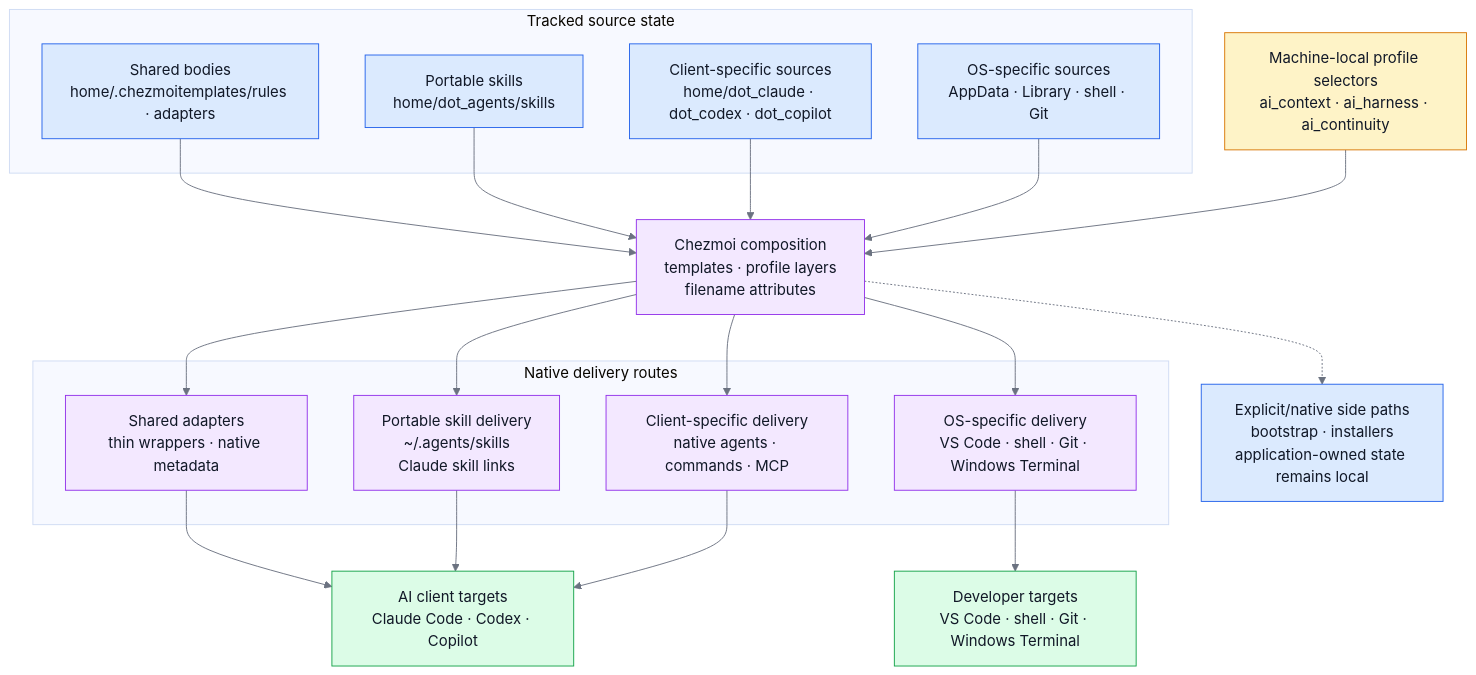
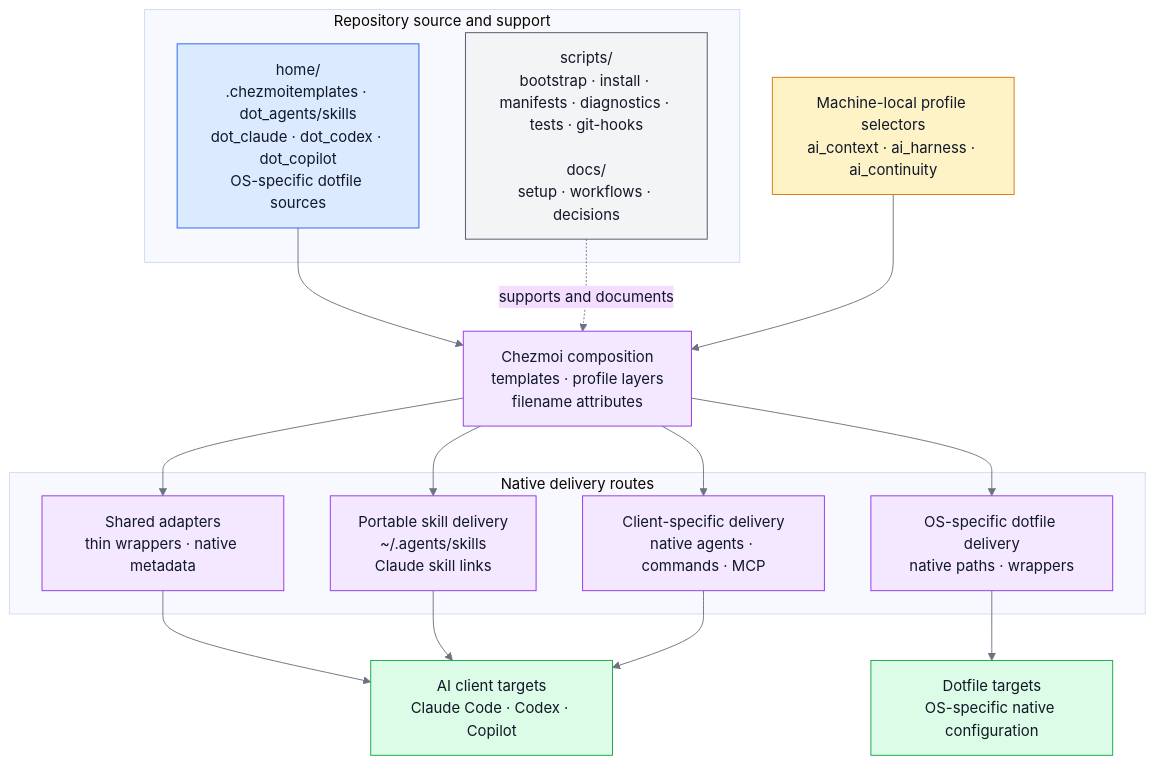
The first of 4 diagrams in README.md (sherrilla71940/dotfiles), drawn with Mermaid before and after one commit. The commit also changed other lines of this file and 2 other files, not shown here.

Commit message:
docs(readme): merge repository map into system overview

````diff
--- a/README.md
+++ b/README.md
@@ -98,42 +98,35 @@
 ```mermaid
 %%{init: {"theme": "base", "themeVariables": {"primaryTextColor": "#111827", "nodeTextColor": "#111827", "textColor": "#111827", "lineColor": "#6b7280"}, "flowchart": {"useMaxWidth": true}}}%%
 flowchart TB
     selectors["Machine-local profile selectors<br/>ai_context · ai_harness · ai_continuity"]:::choice
 
-    subgraph sources["Tracked source state"]
-        sharedSource["Shared bodies<br/>home/.chezmoitemplates/rules · adapters"]:::source
-        portableSource["Portable skills<br/>home/dot_agents/skills"]:::source
-        clientSource["Client-specific sources<br/>home/dot_claude · dot_codex · dot_copilot"]:::source
-        osSource["OS-specific sources<br/>AppData · Library · shell · Git"]:::source
+    subgraph repository["Repository source and support"]
+        home["home/<br/>.chezmoitemplates · dot_agents/skills<br/>dot_claude · dot_codex · dot_copilot<br/>OS-specific dotfile sources"]:::source
+        support["scripts/<br/>bootstrap · install · manifests · diagnostics · tests · git-hooks<br/><br/>docs/<br/>setup · workflows · decisions"]:::support
     end
 
     compose["Chezmoi composition<br/>templates · profile layers<br/>filename attributes"]:::process
 
     subgraph routes["Native delivery routes"]
         sharedRoute["Shared adapters<br/>thin wrappers · native metadata"]:::process
         portableRoute["Portable skill delivery<br/>~/.agents/skills<br/>Claude skill links"]:::process
         clientRoute["Client-specific delivery<br/>native agents · commands · MCP"]:::process
-        osRoute["OS-specific delivery<br/>VS Code · shell · Git · Windows Terminal"]:::process
+        osRoute["OS-specific dotfile delivery<br/>native paths · wrappers"]:::process
     end
 
     aiTargets["AI client targets<br/>Claude Code · Codex · Copilot"]:::target
-    developerTargets["Developer targets<br/>VS Code · shell · Git · Windows Terminal"]:::target
-    side["Explicit/native side paths<br/>bootstrap · installers<br/>application-owned state remains local"]:::handoff
-
-    sharedSource --> compose
-    portableSource --> compose
-    clientSource --> compose
-    osSource --> compose
+    developerTargets["Dotfile targets<br/>OS-specific native configuration"]:::target
+    home --> compose
     selectors --> compose
+    support -. "supports and documents" .-> compose
     compose --> sharedRoute --> aiTargets
     compose --> portableRoute --> aiTargets
     compose --> clientRoute --> aiTargets
     compose --> osRoute --> developerTargets
-    compose -.-> side
 
     classDef source fill:#dbeafe,stroke:#2563eb,color:#111827
     classDef choice fill:#fef3c7,stroke:#d97706,color:#111827
     classDef process fill:#f3e8ff,stroke:#9333ea,color:#111827
     classDef target fill:#dcfce7,stroke:#16a34a,color:#111827
-    classDef handoff fill:#dbeafe,stroke:#2563eb,color:#111827
+    classDef support fill:#f3f4f6,stroke:#4b5563,color:#111827
 ```
````
